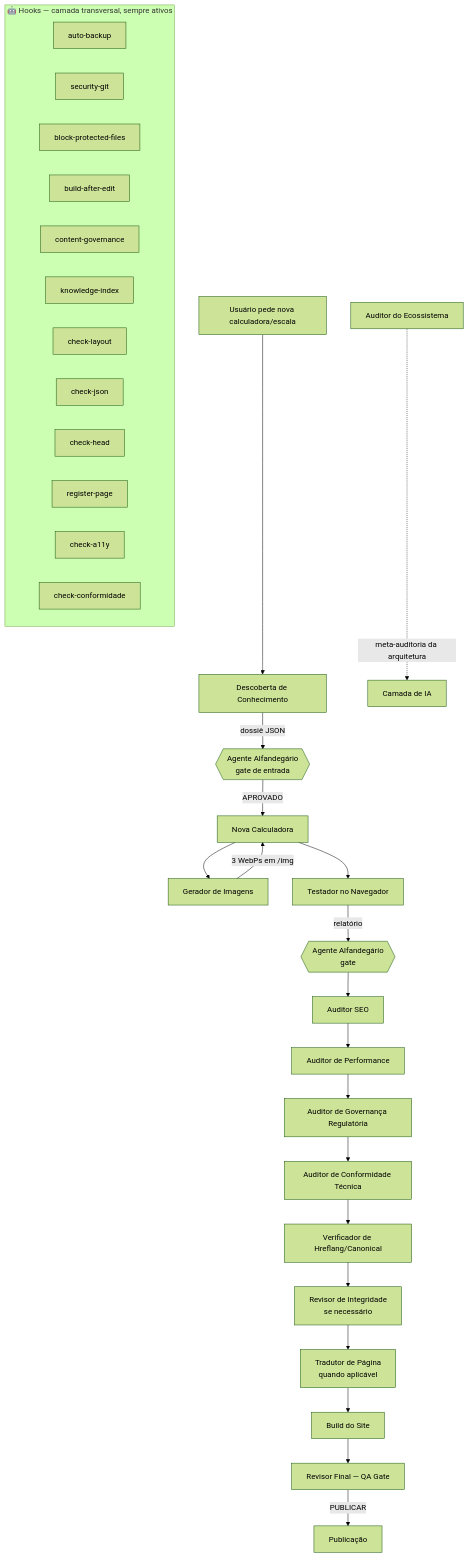
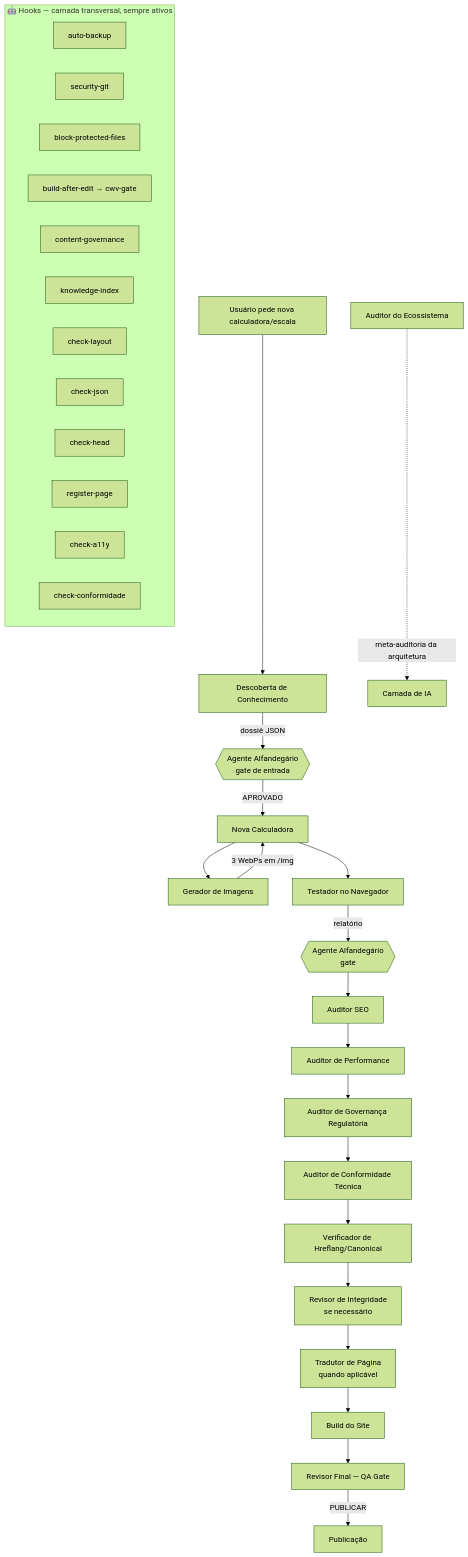
The diagram in CATALOGO_DOS_AGENTES_E_HOOKS/FLUXO_DE_COMPLEMENTARIDADE.md (kauesp0007/calculadoras-de-enfermagem), drawn with Mermaid (forest theme) before and after one commit. The commit also changed 16 other files, not shown here.

````diff
--- a/CATALOGO_DOS_AGENTES_E_HOOKS/FLUXO_DE_COMPLEMENTARIDADE.md
+++ b/CATALOGO_DOS_AGENTES_E_HOOKS/FLUXO_DE_COMPLEMENTARIDADE.md
@@ -21,28 +21,28 @@
 ```mermaid
 flowchart TD
     U[Usuário pede nova calculadora/escala] --> DC[Descoberta de Conhecimento]
     DC -->|dossiê JSON| AF1{{Agente Alfandegário<br/>gate de entrada}}
     AF1 -->|APROVADO| NC[Nova Calculadora]
     NC --> GI[Gerador de Imagens]
     GI -->|3 WebPs em /img| NC
     NC --> TB[Testador no Navegador]
     TB -->|relatório| AF2{{Agente Alfandegário<br/>gate}}
     AF2 --> AS[Auditor SEO]
     AS --> AP[Auditor de Performance]
     AP --> AG[Auditor de Governança Regulatória]
     AG --> CT[Auditor de Conformidade Técnica]
     CT --> VH[Verificador de Hreflang/Canonical]
     VH --> RI[Revisor de Integridade<br/>se necessário]
     RI --> TR[Tradutor de Página<br/>quando aplicável]
     TR --> BD[Build do Site]
     BD --> RF[Revisor Final — QA Gate]
     RF -->|PUBLICAR| P[Publicação]
     AE[Auditor do Ecossistema] -.->|meta-auditoria da arquitetura| SYS[Camada de IA]
 
     subgraph HOOKS[🤖 Hooks — camada transversal, sempre ativos]
         H1[auto-backup] ; H2[security-git] ; H3[block-protected-files]
-        H4[build-after-edit] ; H5[content-governance] ; H6[knowledge-index]
+        H4[build-after-edit → cwv-gate] ; H5[content-governance] ; H6[knowledge-index]
         H7[check-layout] ; H8[check-json] ; H9[check-head]
         H10[register-page] ; H11[check-a11y] ; H12[check-conformidade]
     end
 ```
````
